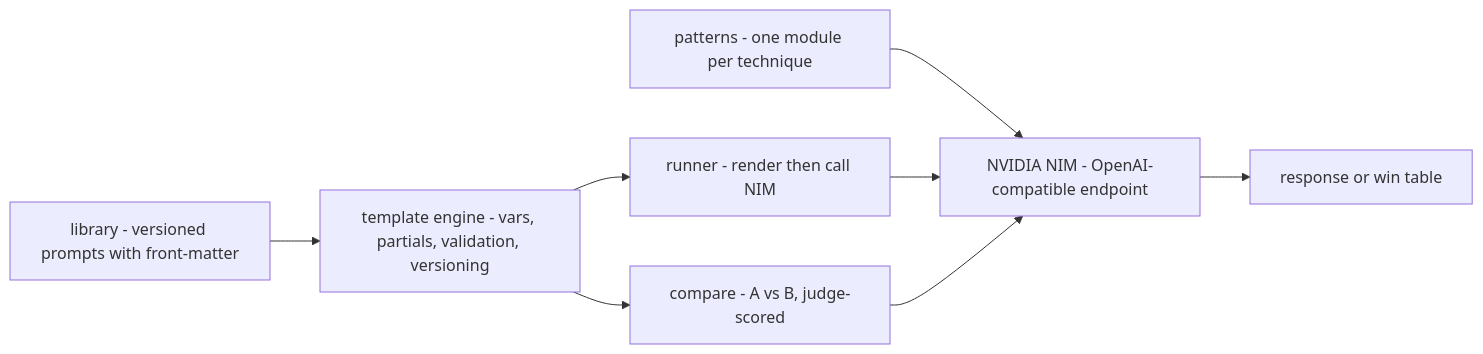
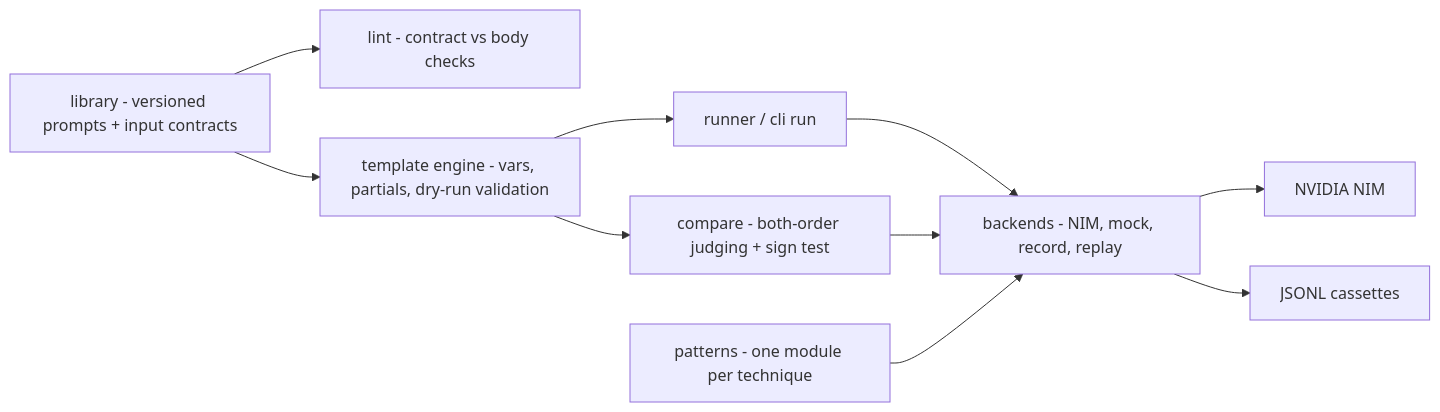
Before and after one commit to AleBrito124356/prompt-engineering-lab: the diagram in README.md, drawn with Mermaid. The commit also changed other lines of this file and 4 other files, not shown here.

First line of the commit message:
Document 0.2.0: offline mode, contracts and lint, trustworthy compare; add CHANGELOG

````diff
--- a/README.md
+++ b/README.md
@@ -19,18 +24,22 @@
 ```mermaid
 flowchart LR
-    LIB[library - versioned prompts with front-matter]
+    LIB[library - versioned prompts + input contracts]
+    LINT[lint - contract vs body checks]
+    TPL[template engine - vars, partials, dry-run validation]
+    RUN[runner / cli run]
+    CMP[compare - both-order judging + sign test]
     PAT[patterns - one module per technique]
-    TPL[template engine - vars, partials, validation, versioning]
-    RUN[runner - render then call NIM]
-    CMP[compare - A vs B, judge-scored]
-    NIM[NVIDIA NIM - OpenAI-compatible endpoint]
-    OUT[response or win table]
+    BK[backends - NIM, mock, record, replay]
+    NIM[NVIDIA NIM]
+    CAS[JSONL cassettes]
 
     LIB --> TPL
+    LIB --> LINT
     TPL --> RUN
     TPL --> CMP
-    PAT --> NIM
-    RUN --> NIM
-    CMP --> NIM
-    NIM --> OUT
+    RUN --> BK
+    CMP --> BK
+    PAT --> BK
+    BK --> NIM
+    BK --> CAS
 ```
````
